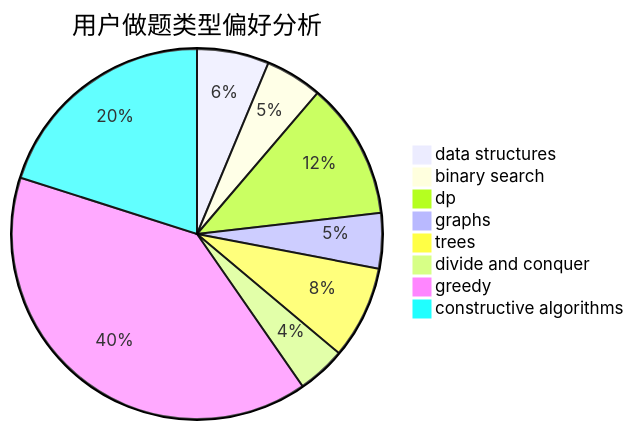
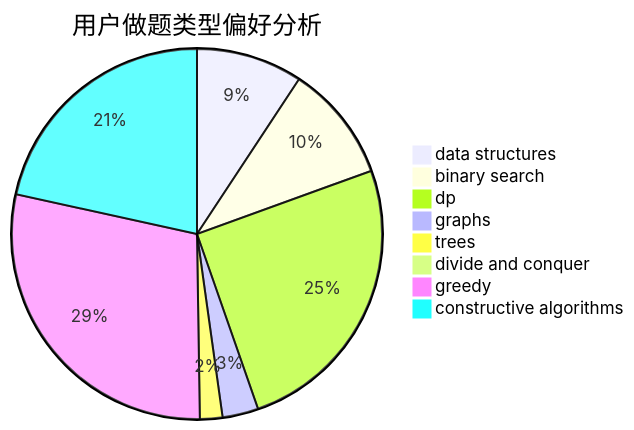
The second of 3 diagrams in docs/user/u387.md (sherpahu/cfrs.github.io), drawn with Mermaid before and after one commit. The commit also changed other lines of this file and 2770 other files, not shown here.

````diff
--- a/docs/user/u387.md
+++ b/docs/user/u387.md
@@ -23,11 +23,11 @@
 ```mermaid
 pie title 用户做题类型偏好分析
-    "data structures" :  104
-    "binary search" :  82
-    "dp" :  197
-    "graphs" :  80
-    "trees" :  134
-    "divide and conquer" :  70
-    "greedy" :  654
-    "constructive algorithms" :  332
+    "data structures" :  151
+    "binary search" :  166
+    "dp" :  410
+    "graphs" :  51
+    "trees" :  32
+    "divide and conquer" :  9
+    "greedy" :  467
+    "constructive algorithms" :  351
 ```
````
